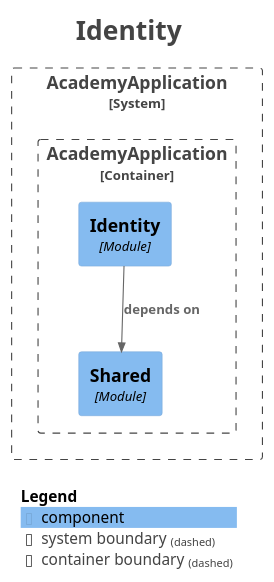
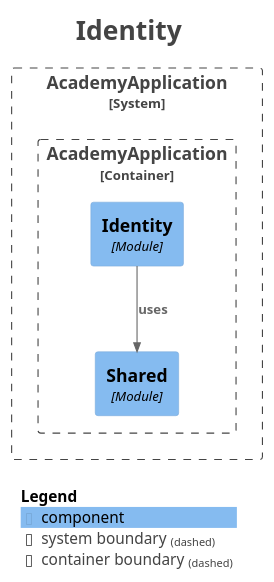
The diagram in docs/arquitectura/generado/module-identity.puml (josevictorgarcia/chinesereads-academy), drawn with PlantUML before and after one commit. The commit also changed 70 other files, not shown here.

```diff
--- a/docs/arquitectura/generado/module-identity.puml
+++ b/docs/arquitectura/generado/module-identity.puml
@@ -1,30 +1,30 @@
 @startuml
 title <size:24>Identity</size>
 
 set separator none
 top to bottom direction
 
 <style>
   root {
     BackgroundColor: #ffffff
     FontColor: #444444
   }
 </style>
 
 !include <C4/C4>
 !include <C4/C4_Context>
 !include <C4/C4_Component>
 
 System_Boundary("AcademyApplication_boundary", "AcademyApplication", $tags="") {
   Container_Boundary("AcademyApplication.AcademyApplication_boundary", "AcademyApplication", $tags="") {
     Component(AcademyApplication.AcademyApplication.Shared, "Shared", $techn="Module", $descr="", $tags="", $link="")
     Component(AcademyApplication.AcademyApplication.Identity, "Identity", $techn="Module", $descr="", $tags="", $link="")
   }
 
 }
 
-Rel(AcademyApplication.AcademyApplication.Identity, AcademyApplication.AcademyApplication.Shared, "depends on", $techn="", $tags="", $link="")
+Rel(AcademyApplication.AcademyApplication.Identity, AcademyApplication.AcademyApplication.Shared, "uses", $techn="", $tags="", $link="")
 
 SHOW_LEGEND(true)
 hide stereotypes
 @enduml
```
